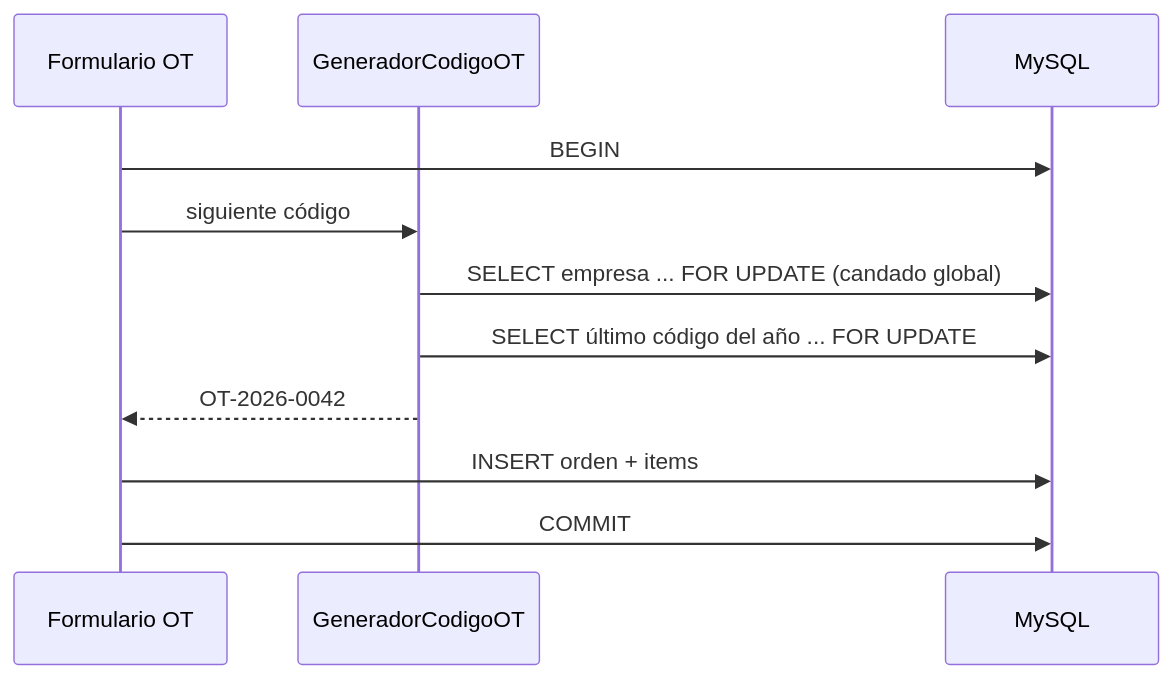
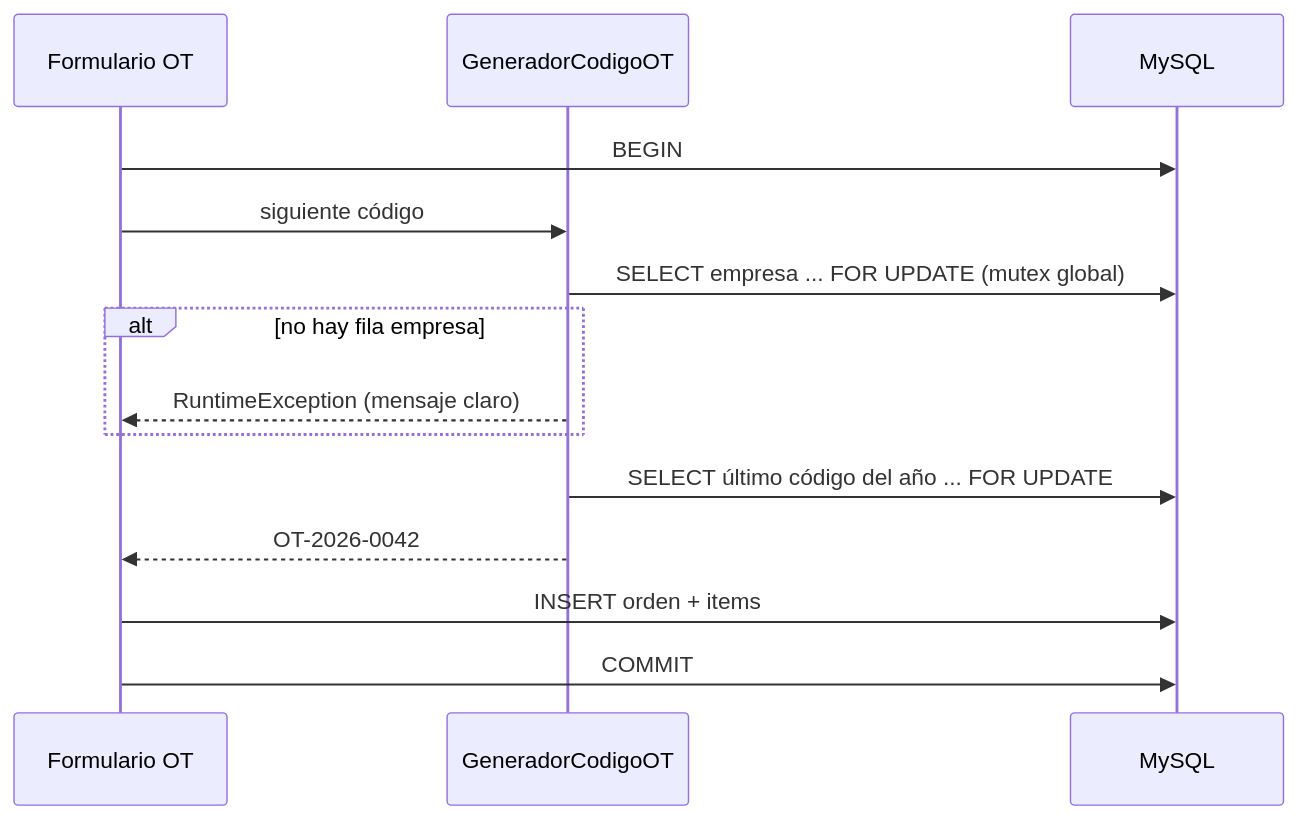
Before and after one commit to dannyjoeltenelema-debug/Taller-Automotriz: the sixth of 10 diagrams in docs/ARQUITECTURA.md, drawn with Mermaid. The commit also changed other lines of this file and 1 other file, not shown here.

````diff
--- a/docs/ARQUITECTURA.md
+++ b/docs/ARQUITECTURA.md
@@ -373,13 +433,16 @@
 ```mermaid
 sequenceDiagram
     participant F as Formulario OT
     participant G as GeneradorCodigoOT
     participant DB as MySQL
     F->>DB: BEGIN
     F->>G: siguiente código
-    G->>DB: SELECT empresa ... FOR UPDATE (candado global)
+    G->>DB: SELECT empresa ... FOR UPDATE (mutex global)
+    alt no hay fila empresa
+        G-->>F: RuntimeException (mensaje claro)
+    end
     G->>DB: SELECT último código del año ... FOR UPDATE
     G-->>F: OT-2026-0042
     F->>DB: INSERT orden + items
     F->>DB: COMMIT
 ```
````
